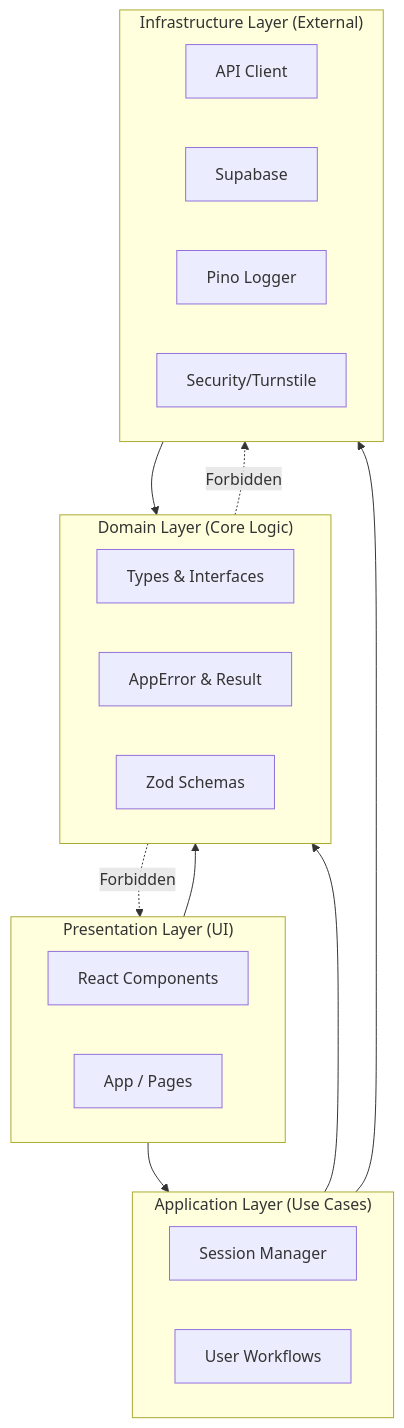
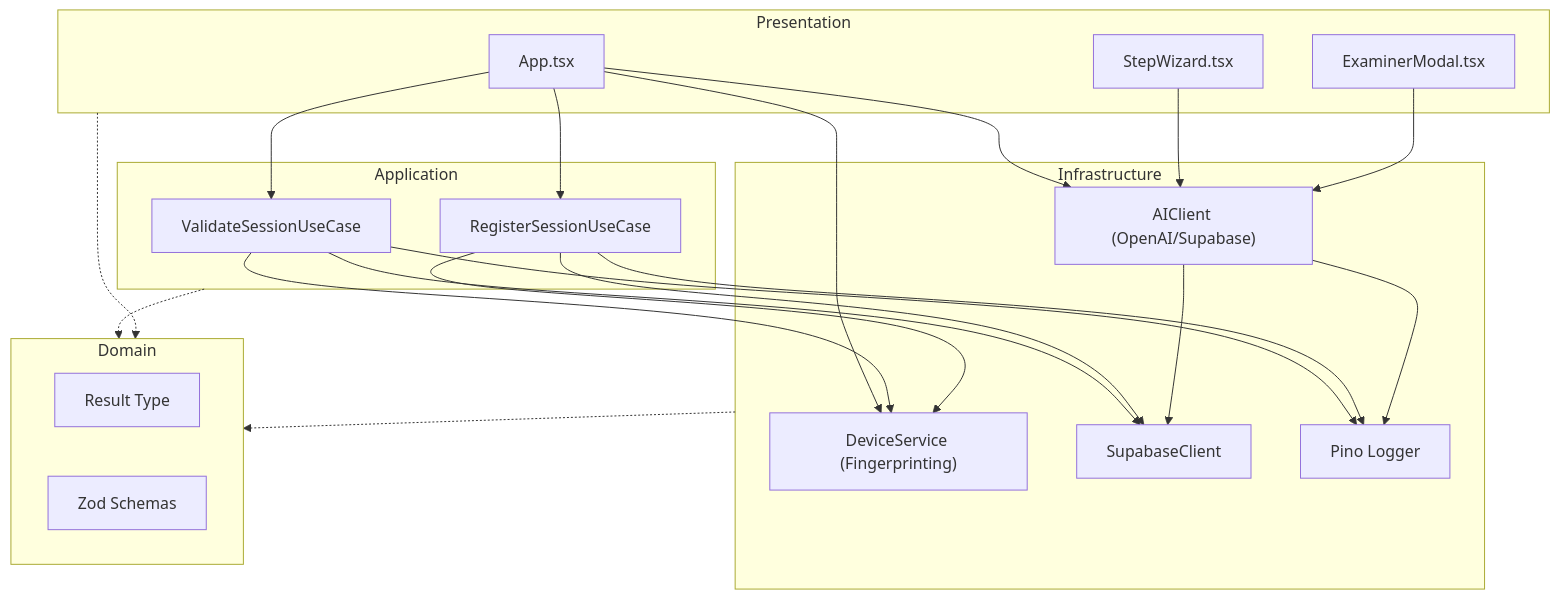
Before and after one commit to scuba3198/essay-architect-pro: the diagram in README.md, drawn with Mermaid. The commit also changed other lines of this file and 15 other files, not shown here.

Commit message:
feat: refactor to hexagonal architecture with strict compliance

````diff
--- a/README.md
+++ b/README.md
@@ -9,35 +7,48 @@
 ```mermaid
 graph TD
-    subgraph Presentation ["Presentation Layer (UI)"]
-        UI[React Components]
-        Pages[App / Pages]
+    subgraph Presentation
+        App["App.tsx"]
+        StepWizard["StepWizard.tsx"]
+        ExaminerModal["ExaminerModal.tsx"]
     end
 
-    subgraph Application ["Application Layer (Use Cases)"]
-        Session[Session Manager]
-        Workflows[User Workflows]
+    subgraph Application
+        VSUC["ValidateSessionUseCase"]
+        RSUC["RegisterSessionUseCase"]
     end
 
-    subgraph Domain ["Domain Layer (Core Logic)"]
-        Types[Types & Interfaces]
-        Errors[AppError & Result]
-        Schemas[Zod Schemas]
+    subgraph Infrastructure
+        AIC["AIClient (OpenAI/Supabase)"]
+        DS["DeviceService (Fingerprinting)"]
+        Sub["SupabaseClient"]
+        Log["Pino Logger"]
     end
 
-    subgraph Infrastructure ["Infrastructure Layer (External)"]
-        API[API Client]
-        DB[Supabase]
-        Log[Pino Logger]
-        Sec[Security/Turnstile]
+    subgraph Domain
+        Result["Result Type"]
+        Schemas["Zod Schemas"]
     end
 
-    Presentation --> Application
-    Presentation --> Domain
-    Application --> Domain
-    Application --> Infrastructure
-    Infrastructure --> Domain
+    App --> VSUC
+    App --> RSUC
+    App --> AIC
+    App --> DS
 
-    %% Rules
-    Domain -. Forbidden .-> Infrastructure
-    Domain -. Forbidden .-> Presentation
+    VSUC --> Sub
+    VSUC --> DS
+    VSUC --> Log
+
+    RSUC --> Sub
+    RSUC --> DS
+    RSUC --> Log
+
+    AIC --> Sub
+    AIC --> Log
+
+    StepWizard --> AIC
+    ExaminerModal --> AIC
+
+    Infrastructure -.-> Domain
+    Application -.-> Domain
+    Presentation -.-> Domain
 ```
````
